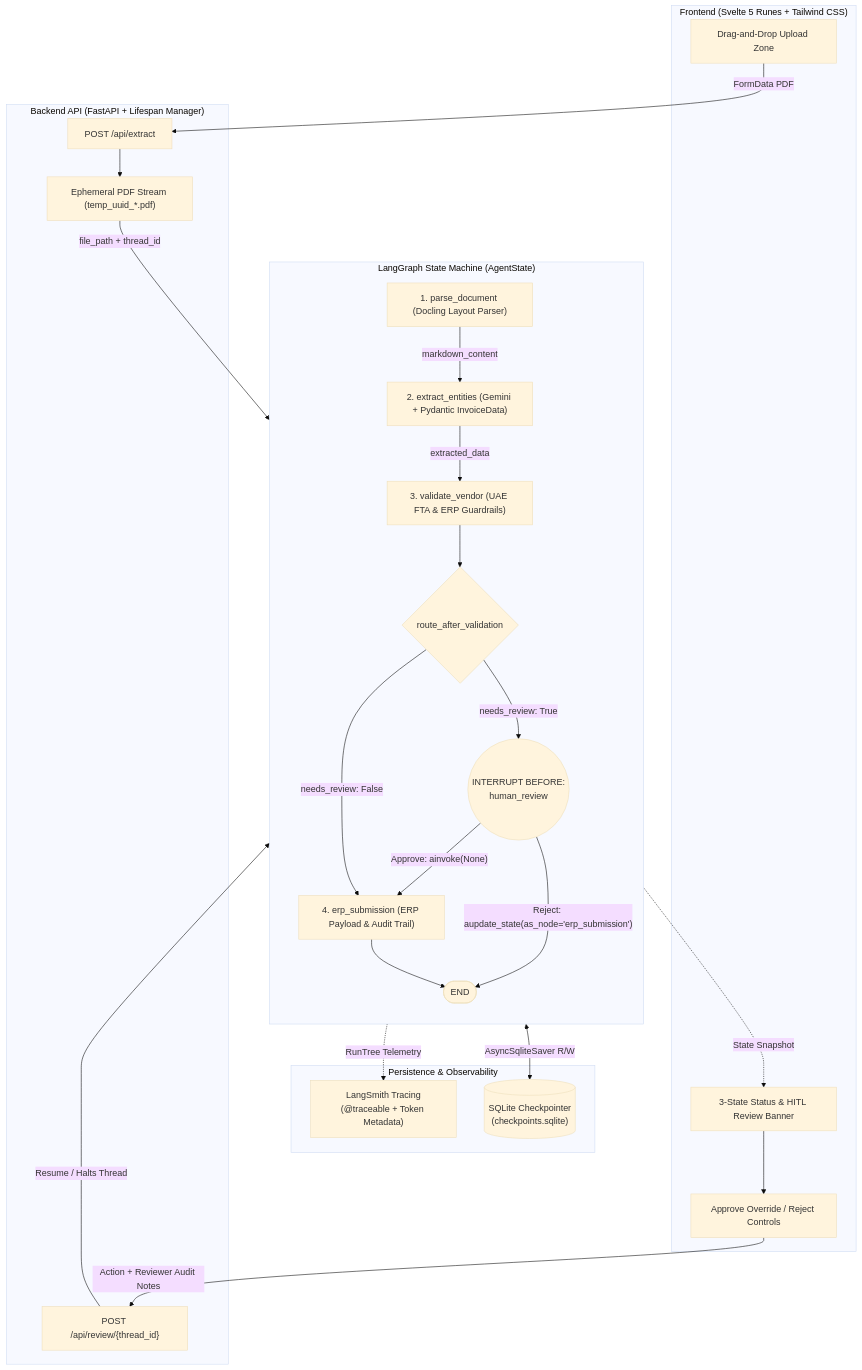
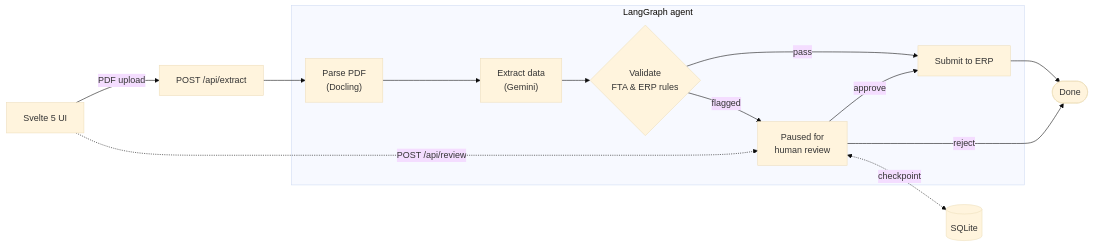
The diagram in README.md (TherealArav/agentic_policy_invoice), drawn with Mermaid (base theme) before and after one commit. The commit also changed other lines of this file, not shown here.

Commit message:
fix: Fixed README sys. architecture diagram, and math equations.

````diff
--- a/README.md
+++ b/README.md
@@ -16,49 +16,18 @@
 ```mermaid
-flowchart TB
-    subgraph Client ["Frontend (Svelte 5 Runes + Tailwind CSS)"]
-        UI["Drag-and-Drop Upload Zone"]
-        Banner["3-State Status & HITL Review Banner"]
-        Actions["Approve Override / Reject Controls"]
+flowchart LR
+    UI["Svelte 5 UI"] -->|"PDF upload"| EX["POST /api/extract"]
+
+    subgraph Agent ["LangGraph agent"]
+        P["Parse PDF<br/>(Docling)"] --> E["Extract data<br/>(Gemini)"]
+        E --> V{"Validate<br/>FTA & ERP rules"}
+        V -->|"pass"| S["Submit to ERP"]
+        V -->|"flagged"| H["Paused for<br/>human review"]
+        H -->|"approve"| S
     end
 
-    subgraph API ["Backend API (FastAPI + Lifespan Manager)"]
-        ExtractEP["POST /api/extract"]
-        ReviewEP["POST /api/review/{thread_id}"]
-        TempFile["Ephemeral PDF Stream (temp_uuid_*.pdf)"]
-    end
-
-    subgraph Agent ["LangGraph State Machine (AgentState)"]
-        direction TB
-        Node1["1. parse_document (Docling Layout Parser)"]
-        Node2["2. extract_entities (Gemini + Pydantic InvoiceData)"]
-        Node3["3. validate_vendor (UAE FTA & ERP Guardrails)"]
-        Router{"route_after_validation"}
-        HitlNode(("INTERRUPT BEFORE:<br/>human_review"))
-        ErpNode["4. erp_submission (ERP Payload & Audit Trail)"]
-        EndNode(["END"])
-
-        Node1 -->|markdown_content| Node2
-        Node2 -->|extracted_data| Node3
-        Node3 --> Router
-        Router -->|"needs_review: False"| ErpNode
-        Router -->|"needs_review: True"| HitlNode
-        HitlNode -->|"Approve: ainvoke(None)"| ErpNode
-        HitlNode -->|"Reject: aupdate_state(as_node='erp_submission')"| EndNode
-        ErpNode --> EndNode
-    end
-
-    subgraph Storage ["Persistence & Observability"]
-        SQLite[("SQLite Checkpointer<br/>(checkpoints.sqlite)")]
-        LangSmith["LangSmith Tracing<br/>(@traceable + Token Metadata)"]
-    end
-
-    UI -->|"FormData PDF"| ExtractEP
-    ExtractEP --> TempFile
-    TempFile -->|"file_path + thread_id"| Node1
-    Node3 -.->|"State Snapshot"| Banner
-    Banner --> Actions
-    Actions -->|"Action + Reviewer Audit Notes"| ReviewEP
-    ReviewEP -->|"Resume / Halts Thread"| HitlNode
-    Agent <-->|"AsyncSqliteSaver R/W"| SQLite
-    Agent -.->|"RunTree Telemetry"| LangSmith
+    EX --> P
+    S --> D(["Done"])
+    H -->|"reject"| D
+    UI -.->|"POST /api/review"| H
+    H <-.->|"checkpoint"| DB[("SQLite")]
 ```
````
